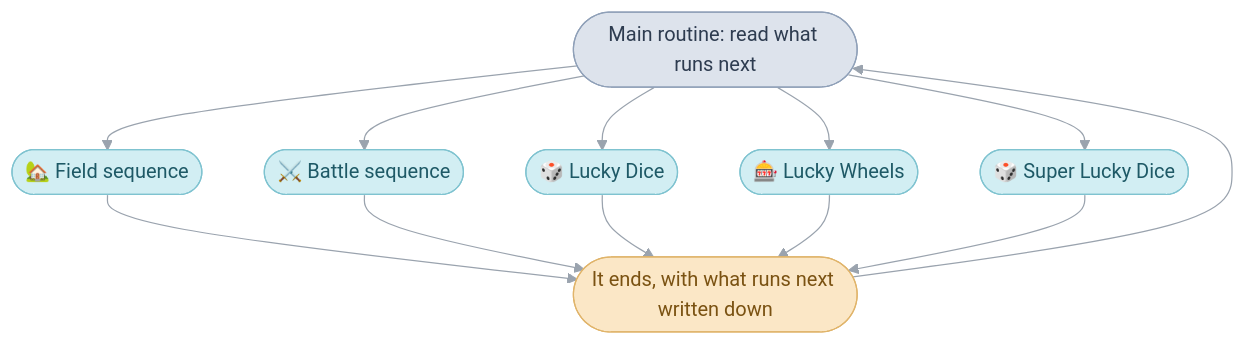
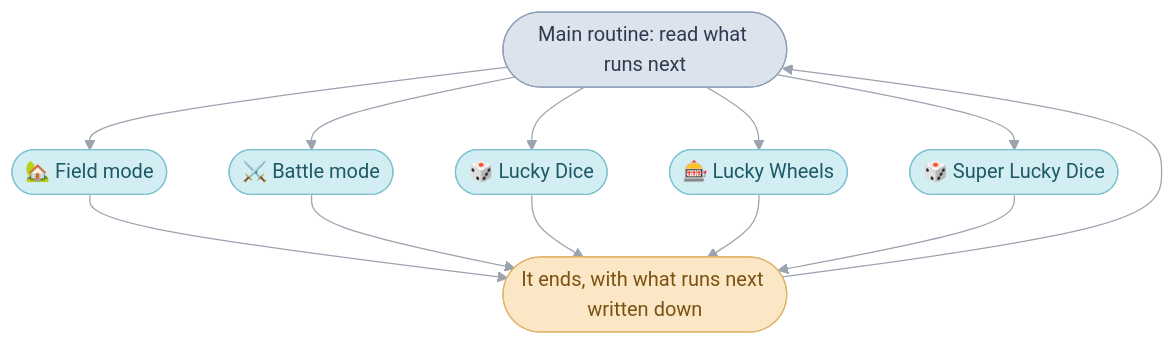
The first of 2 diagrams in docs/tla/system.md (PascalPixel/alchemy), drawn with Mermaid before and after one commit. The commit also changed other lines of this file and 3556 other files, not shown here.

````diff
--- a/docs/tla/system.md
+++ b/docs/tla/system.md
@@ -17,13 +17,13 @@
 ```mermaid
 %%{init: {"theme": "base", "themeVariables": {"lineColor": "#9AA3AE", "edgeLabelBackground": "#FFFFFF"}, "flowchart": {"curve": "basis", "padding": 12}}}%%
 flowchart TD
-  loop(["Main routine: read what runs next"]) --> scene(["🏡 Field sequence"]) & battle(["⚔️ Battle sequence"]) & dice(["🎲 Lucky Dice"]) & wheels(["🎰 Lucky Wheels"]) & superdice(["🎲 Super Lucky Dice"])
+  loop(["Main routine: read what runs next"]) --> scene(["🏡 Field mode"]) & battle(["⚔️ Battle mode"]) & dice(["🎲 Lucky Dice"]) & wheels(["🎰 Lucky Wheels"]) & superdice(["🎲 Super Lucky Dice"])
   scene & battle & dice & wheels & superdice --> back(["It ends, with what runs next written down"])
   back --> loop
   classDef mainRoutine fill:#DDE3EC,stroke:#8FA0B8,color:#2E3C50
-  classDef sequence fill:#D2EEF3,stroke:#7FC3D0,color:#1E5966
+  classDef mode fill:#D2EEF3,stroke:#7FC3D0,color:#1E5966
   classDef request fill:#FBE7C6,stroke:#E0B46A,color:#7A5212
   class loop mainRoutine
-  class scene,battle,dice,wheels,superdice sequence
+  class scene,battle,dice,wheels,superdice mode
   class back request
 ```
````
